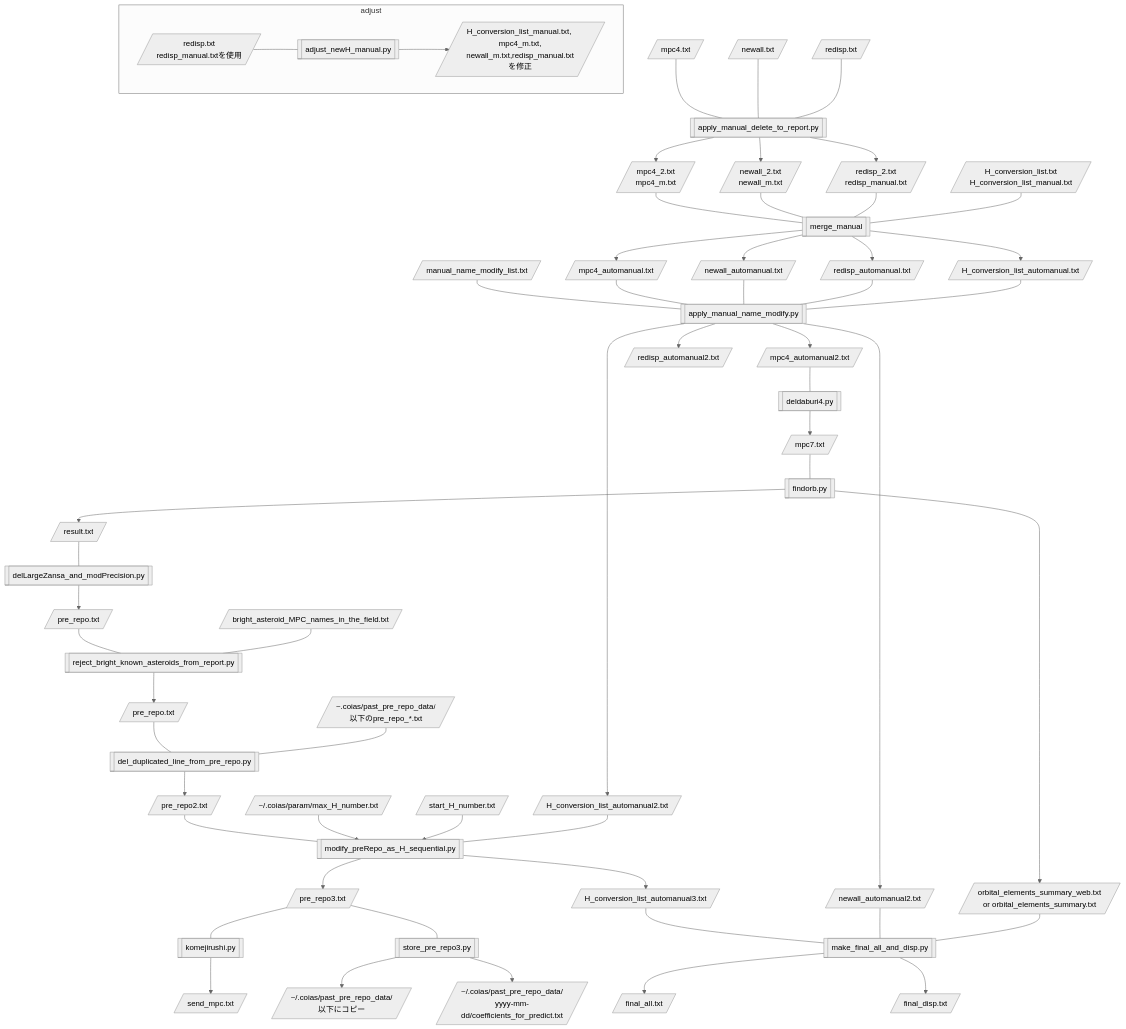
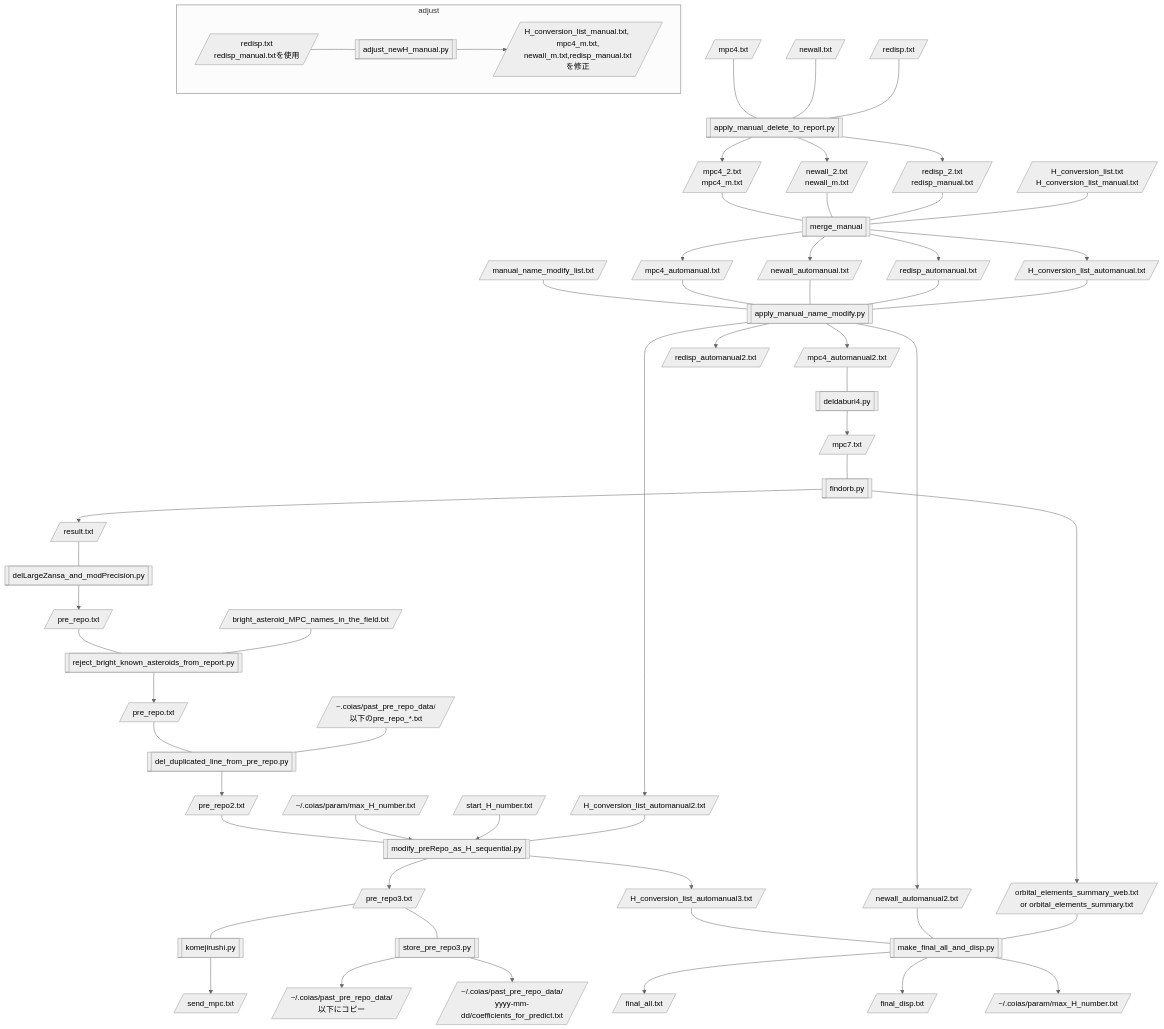
One commit to COIAS-program/COIAS_program_github changed the diagram in flowcharts/flowchart7-AstsearchR_afterReCOIAS.md. Above: the diagram before and after it, drawn with Mermaid (neutral theme). The commit also changed 5 other files, not shown here.

Commit message:
今回の測定のうち最大のH番号+1を~/.coias/param/max_H_number.txtに書き出すようにした

```````diff
--- a/flowcharts/flowchart7-AstsearchR_afterReCOIAS.md
+++ b/flowcharts/flowchart7-AstsearchR_afterReCOIAS.md
@@ -59,6 +59,7 @@
     L --- i
     i --> j[/final_all.txt/]
     i --> k[/final_disp.txt/]
+    i --> t[/"~/.coias/param/max_H_number.txt"/]
     S --- i
 
     click B1 "https://github.com/COIAS-program/COIAS_program_github/blob/main/src7_AstsearchR_afterReCOIAS/adjust_newH_manual.py"
@@ -103,4 +104,5 @@
     click D "https://github.com/COIAS-program/COIAS_program_github/blob/main/flowcharts/sample7/redisp_2.txt"
     click r "https://github.com/COIAS-program/COIAS_program_github/blob/main/flowcharts/sample5/max_H_number.txt"
     click s "https://github.com/COIAS-program/COIAS_program_github/blob/main/flowcharts/sample5/start_H_number.txt"
+    click t "https://github.com/COIAS-program/COIAS_program_github/blob/main/flowcharts/sample5/max_H_number.txt"
 ``````
```````
